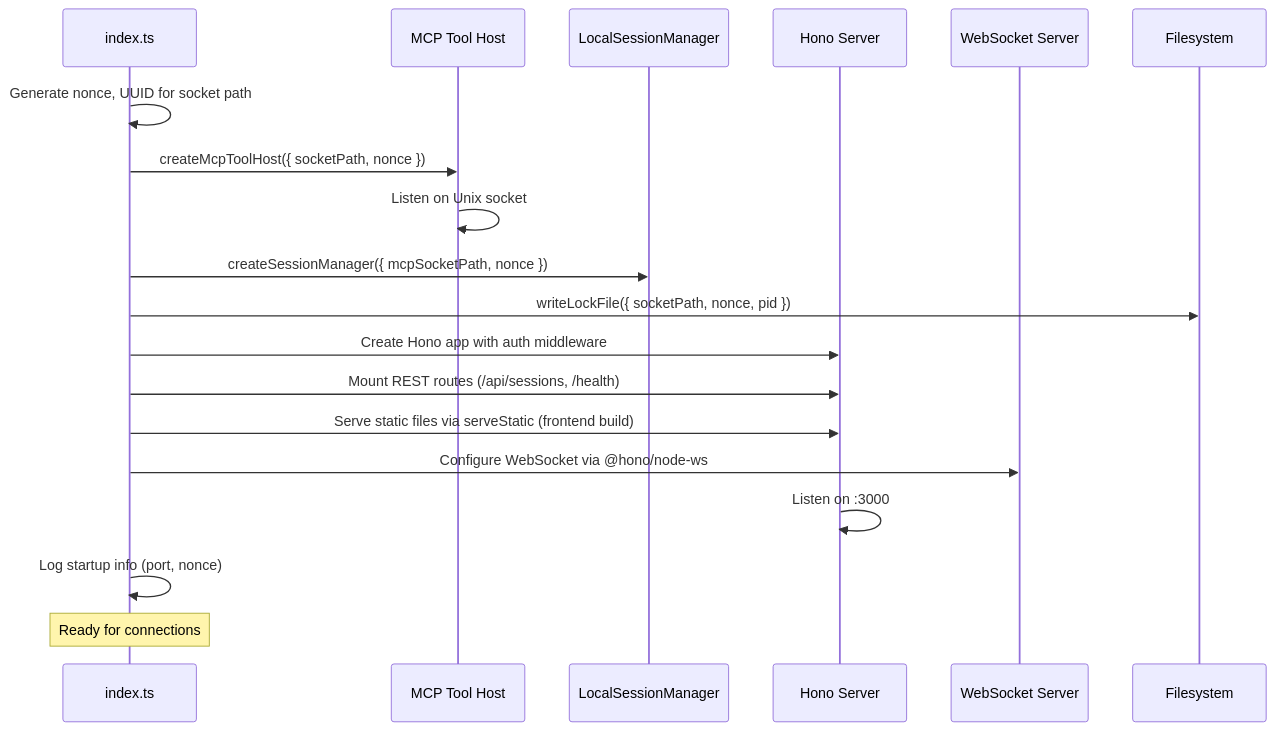
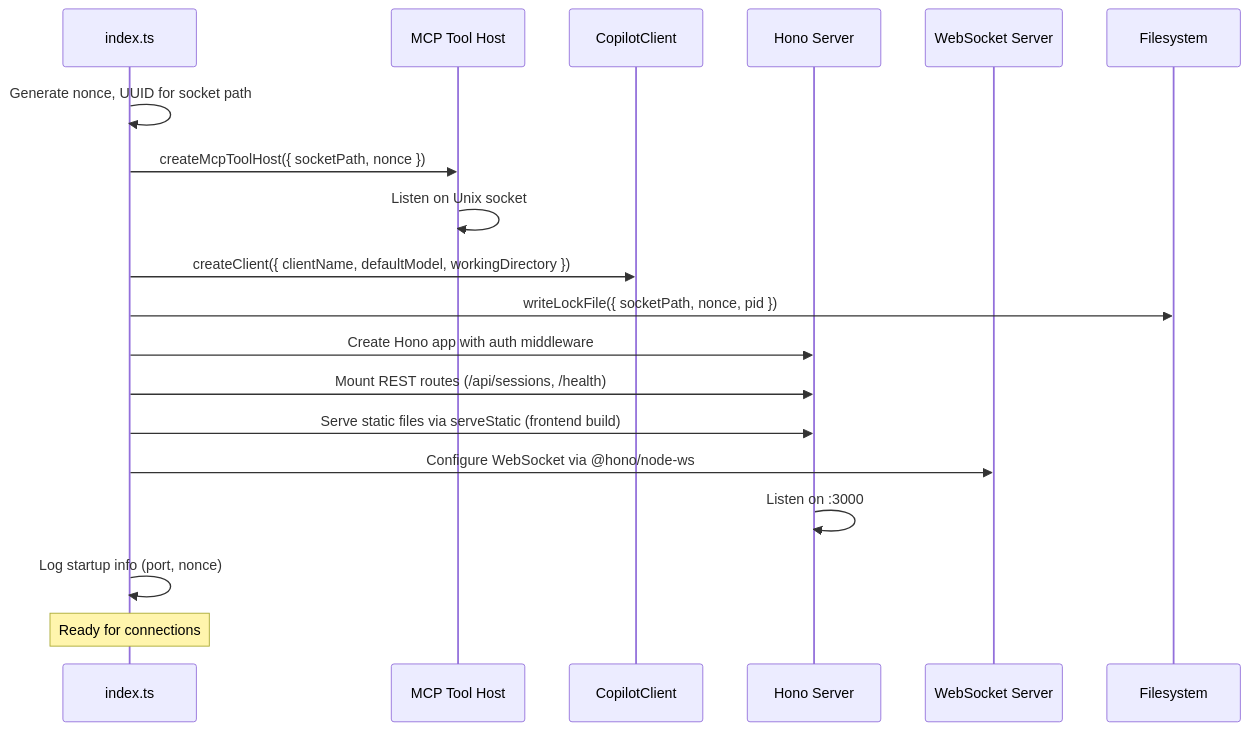
The fifth of 5 diagrams in .local/docs/copilot-cli-session/06-webapp-extraction-guide.md (ming86/vscode), drawn with Mermaid before and after one commit. The commit also changed other lines of this file and 6 other files, not shown here.

````diff
--- a/.local/docs/copilot-cli-session/06-webapp-extraction-guide.md
+++ b/.local/docs/copilot-cli-session/06-webapp-extraction-guide.md
@@ -2273,25 +2170,25 @@
 ```mermaid
 sequenceDiagram
     participant Main as index.ts
     participant MCP as MCP Tool Host
-    participant SDK as LocalSessionManager
+    participant SDK as CopilotClient
     participant HTTP as Hono Server
     participant WS as WebSocket Server
     participant FS as Filesystem
 
     Main->>Main: Generate nonce, UUID for socket path
     Main->>MCP: createMcpToolHost({ socketPath, nonce })
     MCP->>MCP: Listen on Unix socket
 
-    Main->>SDK: createSessionManager({ mcpSocketPath, nonce })
+    Main->>SDK: createClient({ clientName, defaultModel, workingDirectory })
     Main->>FS: writeLockFile({ socketPath, nonce, pid })
     Main->>HTTP: Create Hono app with auth middleware
     Main->>HTTP: Mount REST routes (/api/sessions, /health)
     Main->>HTTP: Serve static files via serveStatic (frontend build)
     Main->>WS: Configure WebSocket via @hono/node-ws
 
     HTTP->>HTTP: Listen on :3000
     Main->>Main: Log startup info (port, nonce)
 
     Note over Main: Ready for connections
 ```
````
